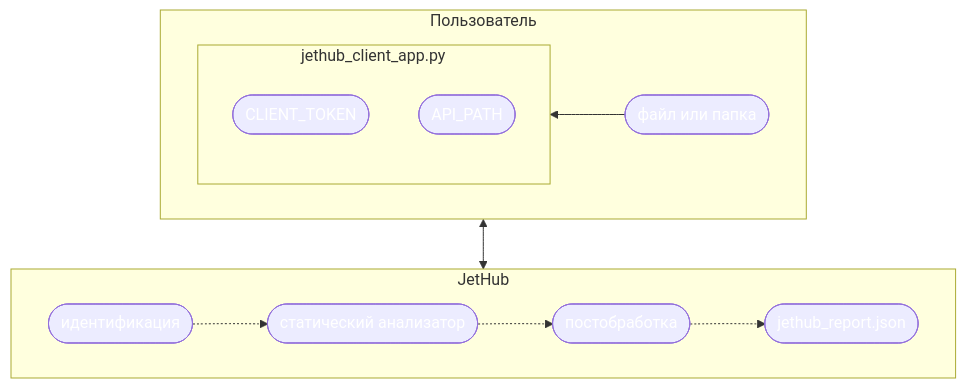
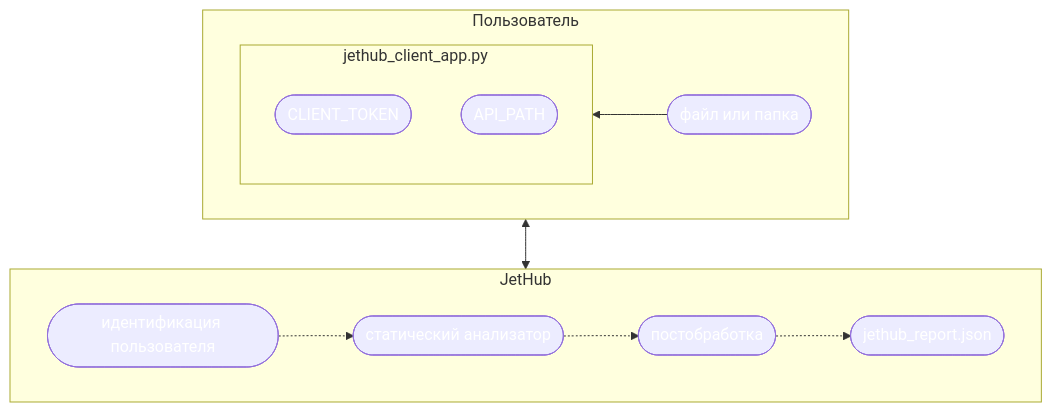
The diagram in docs/index.md (jethub-tech/docs.jethub.pro), drawn with Mermaid before and after one commit. The commit also changed other lines of this file, not shown here.

````diff
--- a/docs/index.md
+++ b/docs/index.md
@@ -3,48 +3,48 @@
 ``` mermaid
 %%{init: {"flowchart": {"htmlLabels": false}} }%%
 flowchart TB
     subgraph CLIENT [Пользователь]
         style CLIENT color:#fff
         direction RL
 
         subgraph JETHUB_client_app[jethub_client_app.py]
             style JETHUB_client_app color:#fff
 
             client_token([CLIENT_TOKEN])
             style client_token color:#fff
 
             JETHUB_api([API_PATH])
             style JETHUB_api color:#fff
         end
 
         path([файл или папка])
         style path color:#fff
 
         path --> JETHUB_client_app
 
     end
 
     subgraph JETHUB [JetHub]
         style JETHUB color:#fff
         direction LR
 
-        identification([идентификация])
+        identification([идентификация пользователя])
         style identification color:#fff
 
         analizator([статический анализатор])
         style analizator color:#fff
 
         post_processing([постобработка])
         style post_processing color:#fff
 
         report([jethub_report.json])
         style report color:#fff
 
         identification -.-> analizator
         analizator -.-> post_processing
         post_processing -.-> report
 
     end
 
     CLIENT <--> JETHUB
 ```
````
